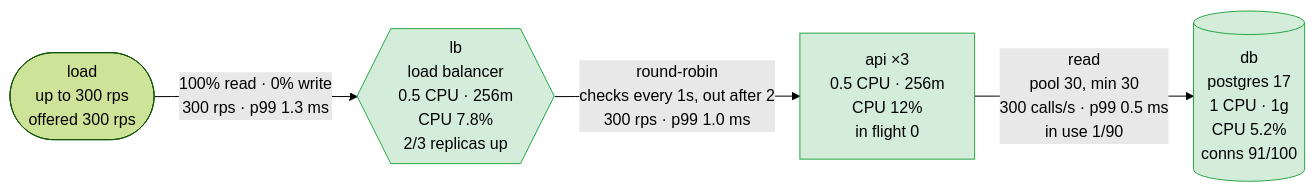
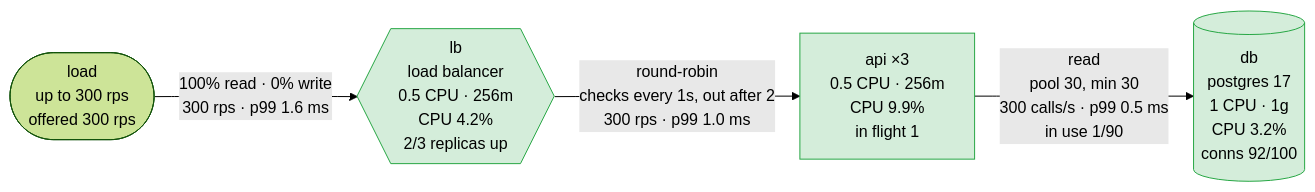
One commit to akinfemi/load-lore changed the first of 5 diagrams in scenarios/healthy-but-broken/solutions/deep-health-check/report.md. Above: the diagram before and after it, drawn with Mermaid (forest theme). The commit also changed other lines of this file and 71 other files, not shown here.

````diff
--- a/scenarios/healthy-but-broken/solutions/deep-health-check/report.md
+++ b/scenarios/healthy-but-broken/solutions/deep-health-check/report.md
@@ -15,14 +15,14 @@
 ```mermaid
 flowchart LR
     load(["load<br/>up to 300 rps<br/>offered 300 rps"])
-    lb{{"lb<br/>load balancer<br/>0.5 CPU · 256m<br/>CPU 7.8%<br/>2/3 replicas up"}}
-    api["api ×3<br/>0.5 CPU · 256m<br/>CPU 12%<br/>in flight 0"]
-    db[("db<br/>postgres 17<br/>1 CPU · 1g<br/>CPU 5.2%<br/>conns 91/100")]
-    load -->|"100% read · 0% write<br/>300 rps · p99 1.3 ms"| lb
+    lb{{"lb<br/>load balancer<br/>0.5 CPU · 256m<br/>CPU 4.2%<br/>2/3 replicas up"}}
+    api["api ×3<br/>0.5 CPU · 256m<br/>CPU 9.9%<br/>in flight 1"]
+    db[("db<br/>postgres 17<br/>1 CPU · 1g<br/>CPU 3.2%<br/>conns 92/100")]
+    load -->|"100% read · 0% write<br/>300 rps · p99 1.6 ms"| lb
     lb -->|"round-robin<br/>checks every 1s, out after 2<br/>300 rps · p99 1.0 ms"| api
     api -->|"read<br/>pool 30, min 30<br/>300 calls/s · p99 0.5 ms<br/>in use 1/90"| db
     classDef ok fill:#d4edda,stroke:#28a745,color:#000
     classDef warm fill:#fff3cd,stroke:#d39e00,color:#000
     classDef hot fill:#f8d7da,stroke:#dc3545,color:#000
     class lb,api,db ok
 ```
````
